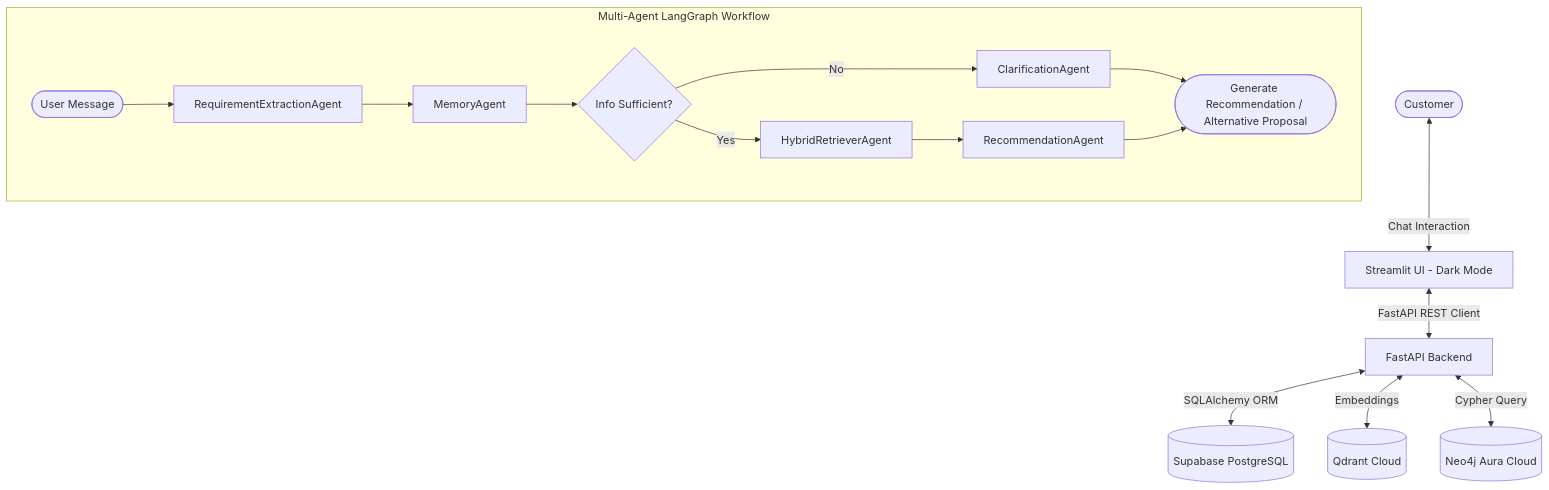
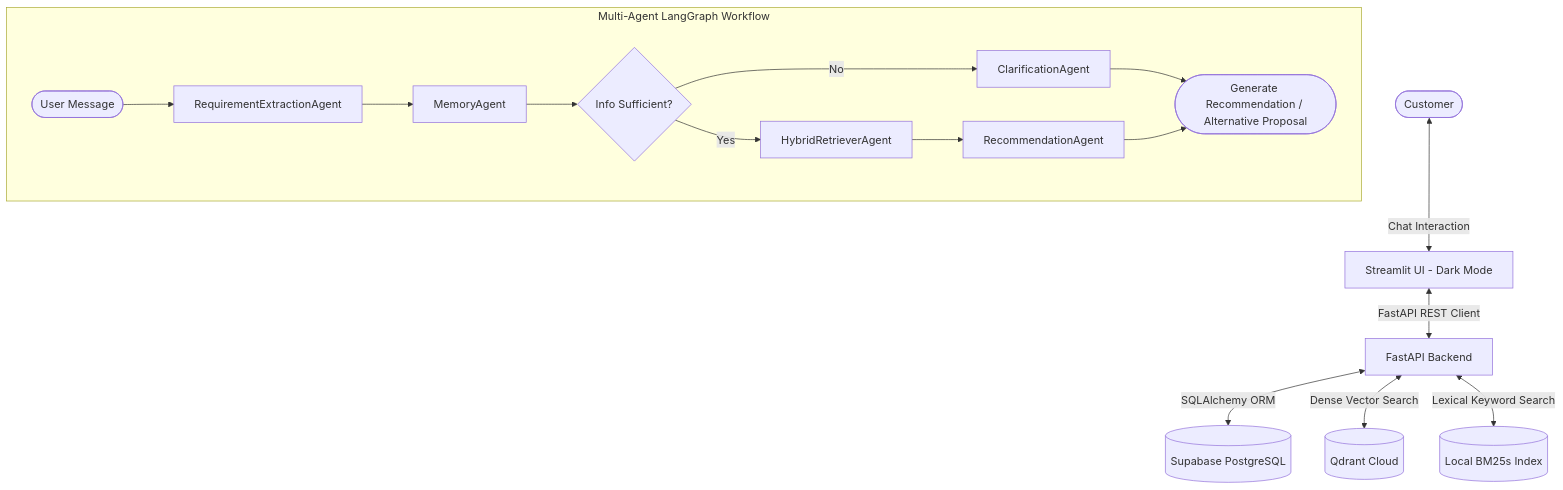
One commit to tientho201/AI-Sales-Assistants-RAG changed the diagram in README.md. Above: the diagram before and after it, drawn with Mermaid. The commit also changed other lines of this file and 5 other files, not shown here.

Commit message:
refactor: replace Neo4j with local BM25s index for hybrid retrieval and update database schema for customer profiles

````diff
--- a/README.md
+++ b/README.md
@@ -13,24 +13,24 @@
 ```mermaid
 graph TD
     User([Customer]) <-->|Chat Interaction| UI[Streamlit UI - Dark Mode]
     UI <-->|FastAPI REST Client| API[FastAPI Backend]
     
-    %% Cloud Databases
+    %% Databases & Search Index
     API <-->|SQLAlchemy ORM| Supabase[(Supabase PostgreSQL)]
-    API <-->|Embeddings| Qdrant[(Qdrant Cloud)]
-    API <-->|Cypher Query| Neo4j[(Neo4j Aura Cloud)]
+    API <-->|Dense Vector Search| Qdrant[(Qdrant Cloud)]
+    API <-->|Lexical Keyword Search| BM25[(Local BM25s Index)]
     
     %% LangGraph Flow
     subgraph Multi-Agent LangGraph Workflow
         Start([User Message]) --> ReqAgent[RequirementExtractionAgent]
         ReqAgent --> MemAgent[MemoryAgent]
         MemAgent --> CheckInfo{Info Sufficient?}
         
         CheckInfo -->|No| ClarifyAgent[ClarificationAgent]
         CheckInfo -->|Yes| HybridRetriever[HybridRetrieverAgent]
         
         ClarifyAgent --> EndResponse([Generate Clarification Question])
         HybridRetriever --> RecommendAgent[RecommendationAgent]
         RecommendAgent --> EndResponse([Generate Recommendation / Alternative Proposal])
     end
 ```
````
